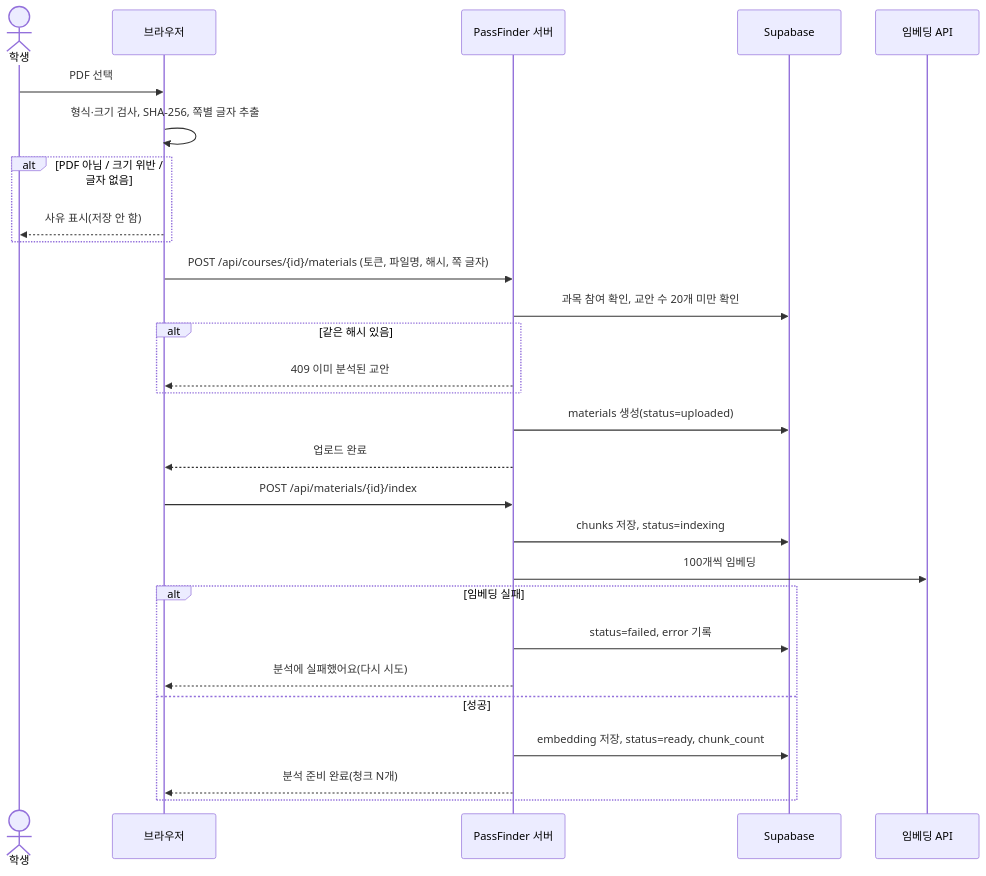
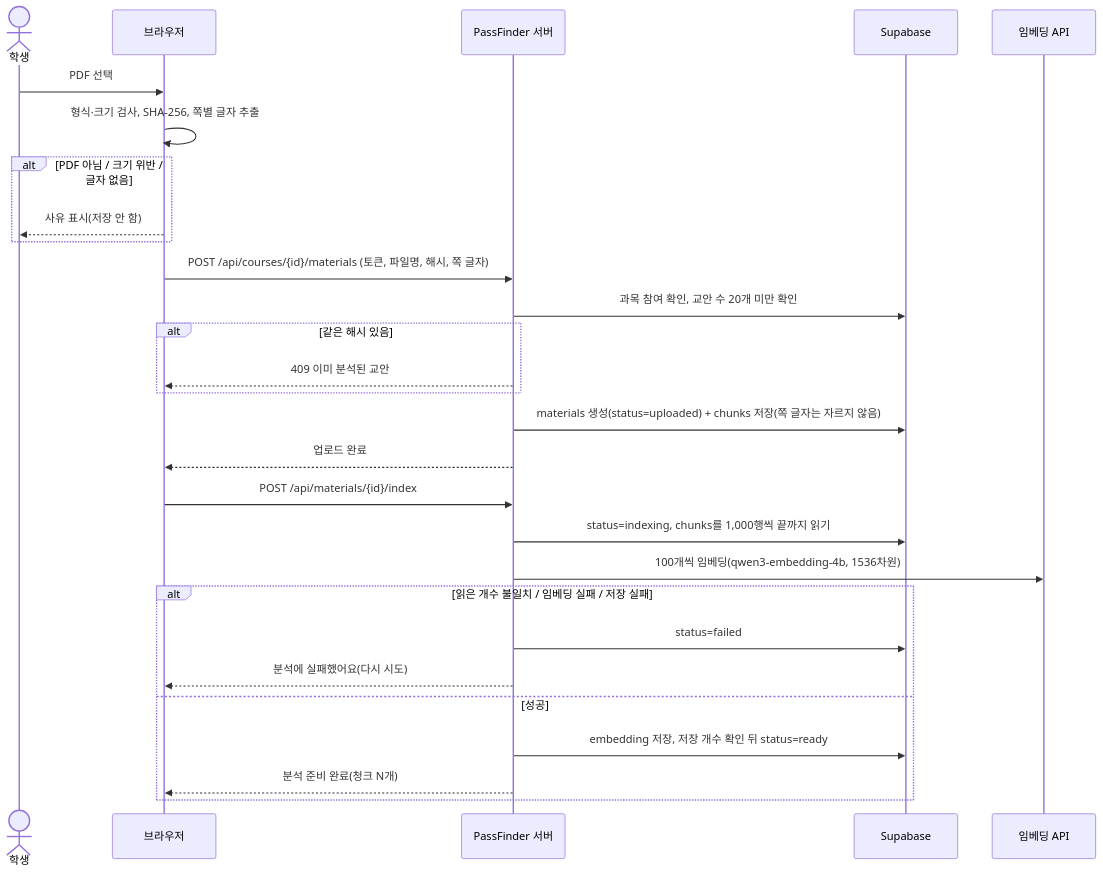
One commit to Snow0821/AltTab changed the first of 6 diagrams in docs/설계.md. Above: the diagram before and after it, drawn with Mermaid.

Commit message:
docs: 교안 업로드 시퀀스를 구현(업로드 때 청크 저장, 색인은 전체 읽기·개수 확인)에 맞춤

````diff
--- a/docs/설계.md
+++ b/docs/설계.md
@@ -167,30 +167,30 @@
 ```mermaid
 sequenceDiagram
   actor S as 학생
   participant W as 브라우저
   participant API as PassFinder 서버
   participant DB as Supabase
   participant E as 임베딩 API
   S->>W: PDF 선택
   W->>W: 형식·크기 검사, SHA-256, 쪽별 글자 추출
   alt PDF 아님 / 크기 위반 / 글자 없음
     W-->>S: 사유 표시(저장 안 함)
   end
   W->>API: POST /api/courses/{id}/materials (토큰, 파일명, 해시, 쪽 글자)
   API->>DB: 과목 참여 확인, 교안 수 20개 미만 확인
   alt 같은 해시 있음
     API-->>W: 409 이미 분석된 교안
   end
-  API->>DB: materials 생성(status=uploaded)
+  API->>DB: materials 생성(status=uploaded) + chunks 저장(쪽 글자는 자르지 않음)
   API-->>W: 업로드 완료
   W->>API: POST /api/materials/{id}/index
-  API->>DB: chunks 저장, status=indexing
-  API->>E: 100개씩 임베딩
-  alt 임베딩 실패
-    API->>DB: status=failed, error 기록
+  API->>DB: status=indexing, chunks를 1,000행씩 끝까지 읽기
+  API->>E: 100개씩 임베딩(qwen3-embedding-4b, 1536차원)
+  alt 읽은 개수 불일치 / 임베딩 실패 / 저장 실패
+    API->>DB: status=failed
     API-->>W: 분석에 실패했어요(다시 시도)
   else 성공
-    API->>DB: embedding 저장, status=ready, chunk_count
+    API->>DB: embedding 저장, 저장 개수 확인 뒤 status=ready
     API-->>W: 분석 준비 완료(청크 N개)
   end
 ```
````
